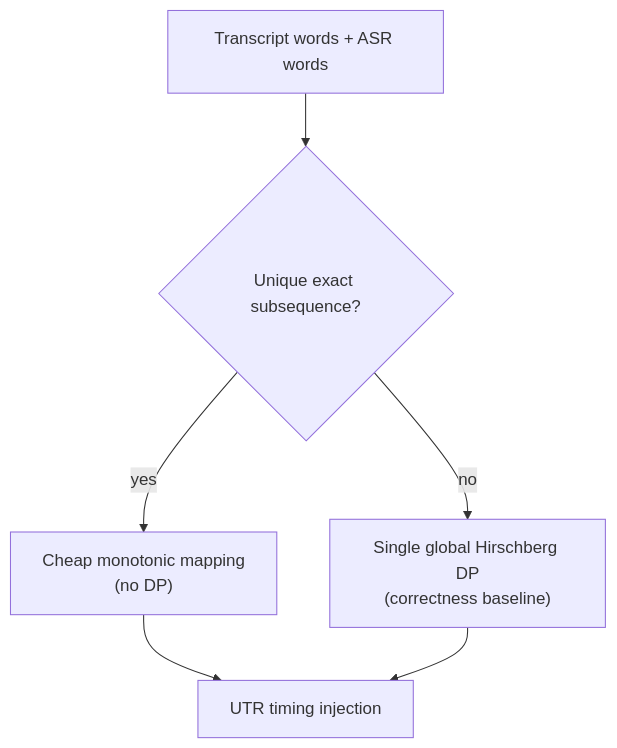
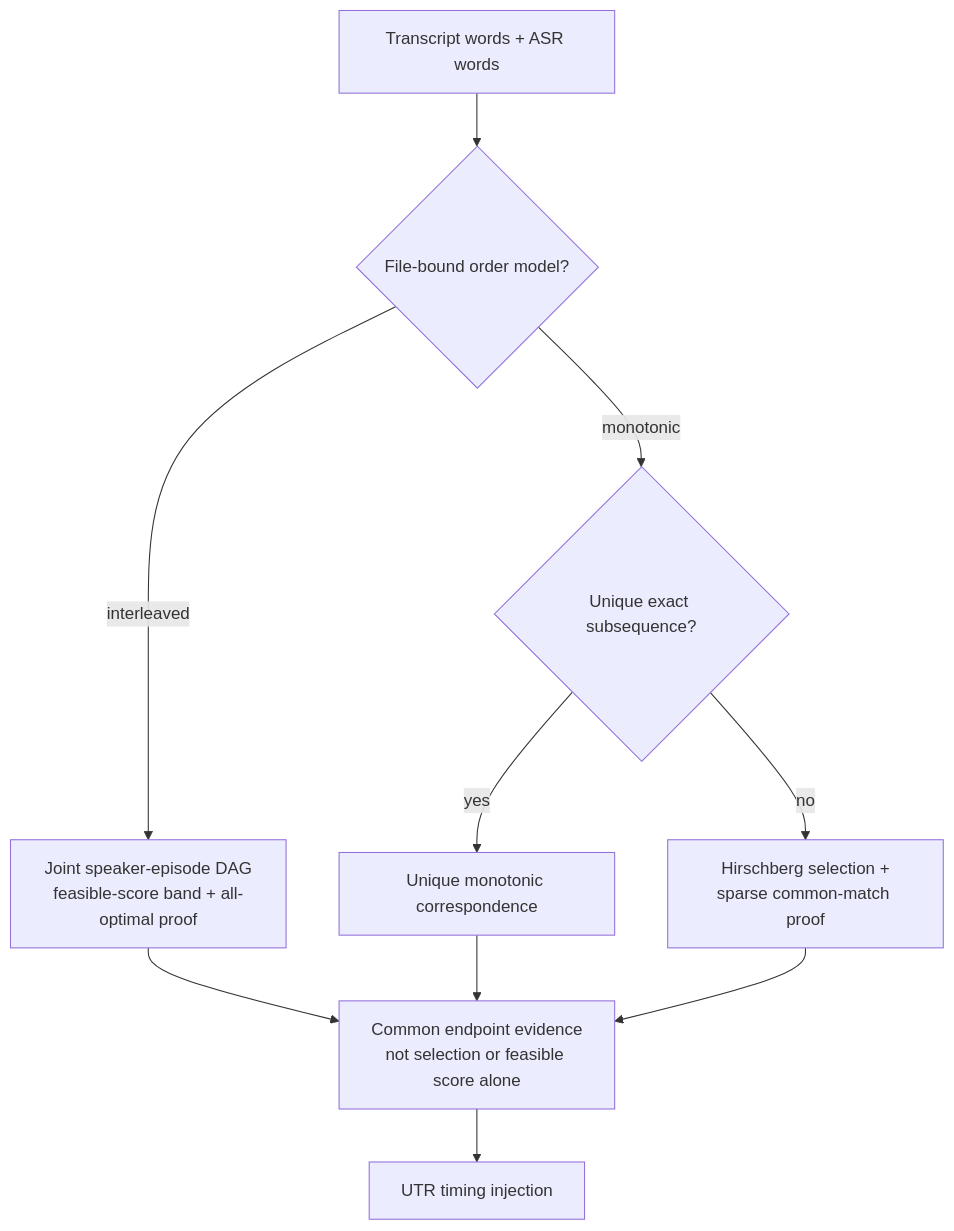
Before and after one commit to FranklinChen/talkbank-tools: the first of 4 diagrams in book/src/architecture/parser-and-grammar/dynamic-programming.md, drawn with Mermaid. The commit also changed other lines of this file and 61 other files, not shown here.

````diff
--- a/book/src/architecture/parser-and-grammar/dynamic-programming.md
+++ b/book/src/architecture/parser-and-grammar/dynamic-programming.md
@@ -58,12 +56,18 @@
 ```mermaid
 flowchart TD
     input["Transcript words + ASR words"]
+    order{"File-bound order model?"}
     cheap{"Unique exact subsequence?"}
-    exact["Cheap monotonic mapping\n(no DP)"]
-    global["Single global Hirschberg DP\n(correctness baseline)"]
+    exact["Unique monotonic correspondence"]
+    mono["Hirschberg selection +<br/>sparse common-match proof"]
+    joint["Joint speaker-episode DAG<br/>feasible-score band + all-optimal proof"]
+    common["Common endpoint evidence<br/>not selection or feasible score alone"]
     output["UTR timing injection"]
 
-    input --> cheap
-    cheap -->|yes| exact --> output
-    cheap -->|no| global --> output
+    input --> order
+    order -->|monotonic| cheap
+    order -->|interleaved| joint --> common
+    cheap -->|yes| exact --> common
+    cheap -->|no| mono --> common
+    common --> output
 ```
````
